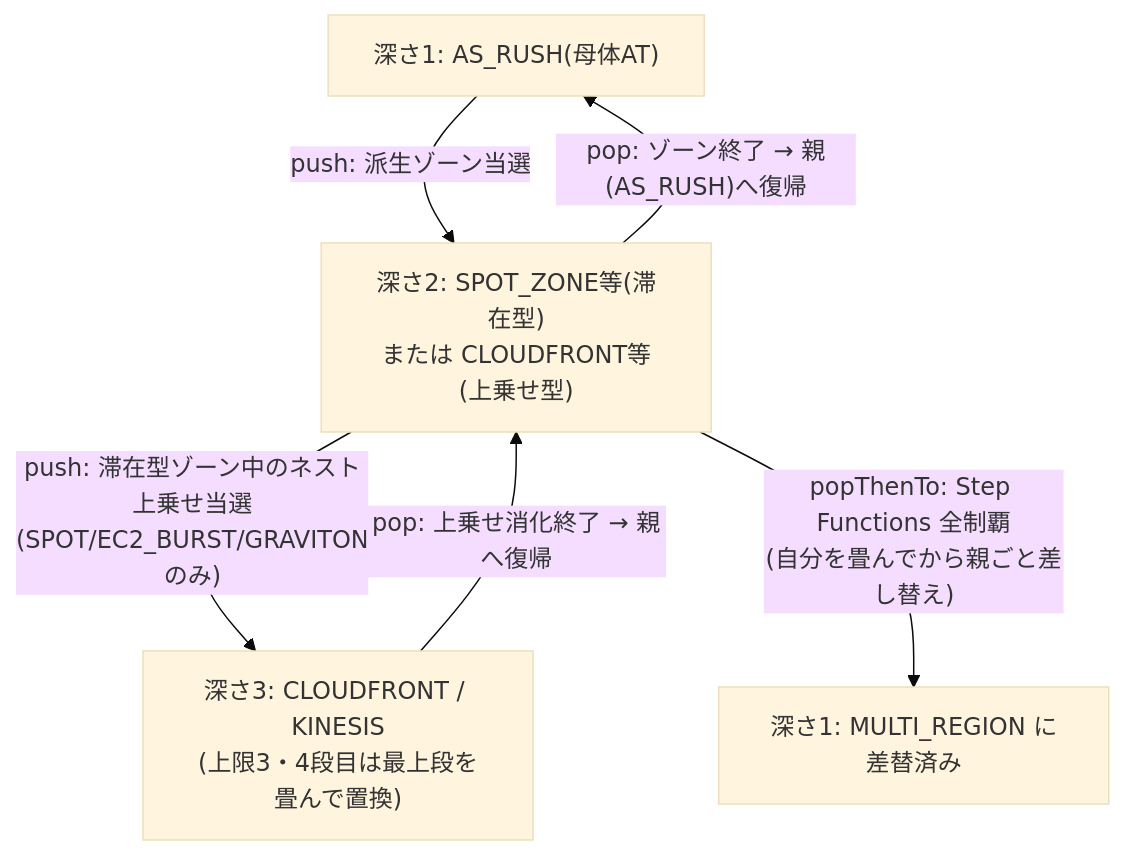
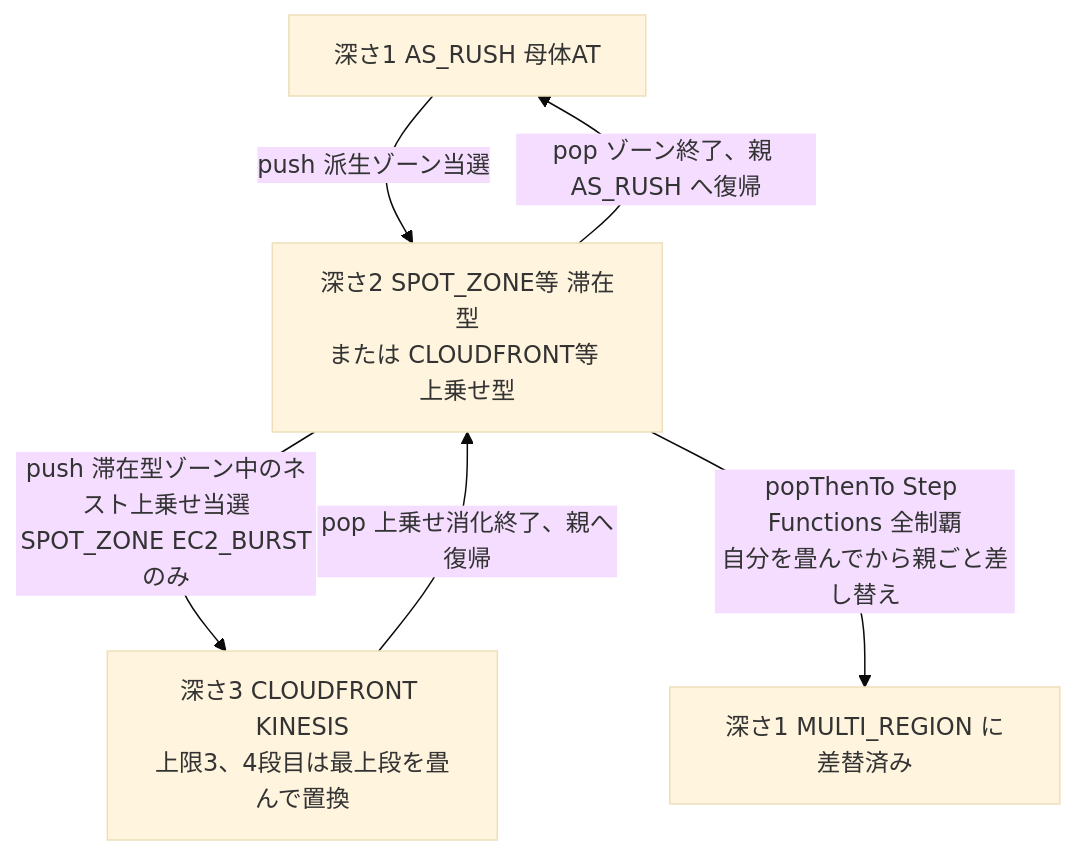
The fifth of 5 diagrams in docs/FLOW.md (nekorobiaws-maker/awslot), drawn with Mermaid (base theme) before and after one commit. The commit also changed other lines of this file and 21 other files, not shown here.

````diff
--- a/docs/FLOW.md
+++ b/docs/FLOW.md
@@ -183,8 +235,8 @@
 ```mermaid
 flowchart TD
-  L1["深さ1: AS_RUSH(母体AT)"] -->|"push: 派生ゾーン当選"| L2["深さ2: SPOT_ZONE等(滞在型)<br/>または CLOUDFRONT等(上乗せ型)"]
-  L2 -->|"push: 滞在型ゾーン中のネスト上乗せ当選<br/>(SPOT/EC2_BURST/GRAVITONのみ)"| L3["深さ3: CLOUDFRONT / KINESIS<br/>(上限3・4段目は最上段を畳んで置換)"]
-  L3 -->|"pop: 上乗せ消化終了 → 親へ復帰"| L2
-  L2 -->|"pop: ゾーン終了 → 親(AS_RUSH)へ復帰"| L1
-  L2 -->|"popThenTo: Step Functions 全制覇<br/>(自分を畳んでから親ごと差し替え)"| L1B["深さ1: MULTI_REGION に差替済み"]
+  L1["深さ1 AS_RUSH 母体AT"] -->|"push 派生ゾーン当選"| L2["深さ2 SPOT_ZONE等 滞在型<br/>または CLOUDFRONT等 上乗せ型"]
+  L2 -->|"push 滞在型ゾーン中のネスト上乗せ当選<br/>SPOT_ZONE EC2_BURSTのみ"| L3["深さ3 CLOUDFRONT KINESIS<br/>上限3、4段目は最上段を畳んで置換"]
+  L3 -->|"pop 上乗せ消化終了、親へ復帰"| L2
+  L2 -->|"pop ゾーン終了、親 AS_RUSH へ復帰"| L1
+  L2 -->|"popThenTo Step Functions 全制覇<br/>自分を畳んでから親ごと差し替え"| L1B["深さ1 MULTI_REGION に差替済み"]
 ```
````
